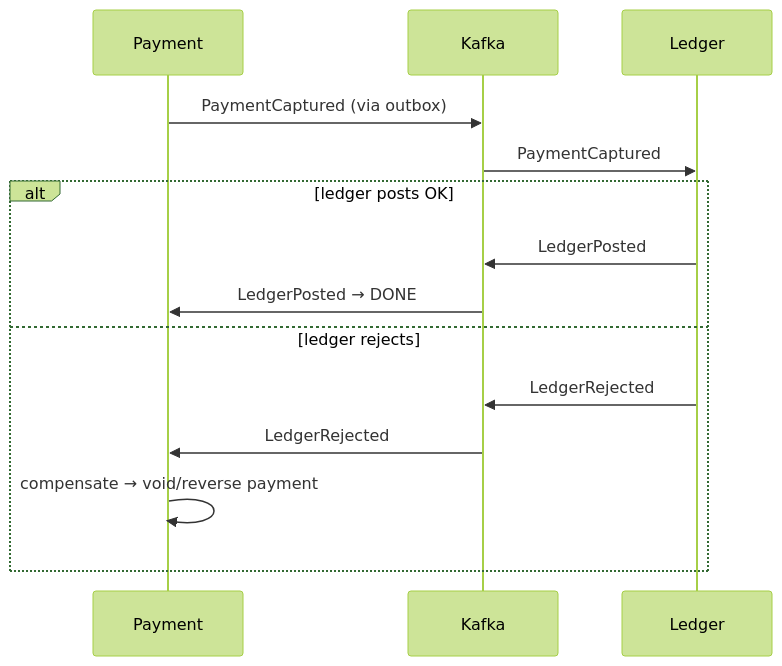
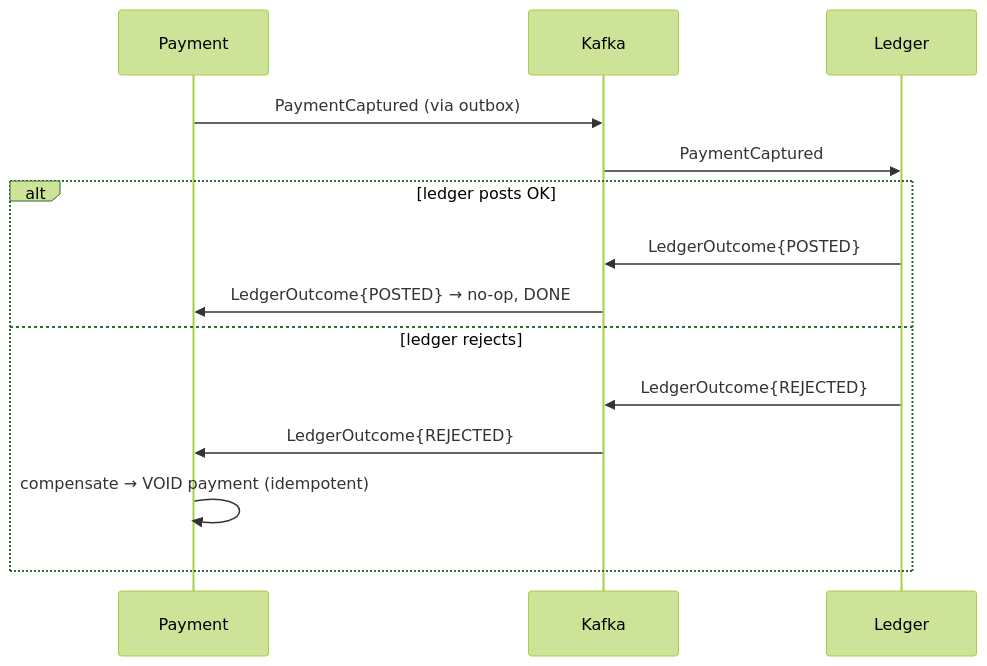
One commit to Amey-Mohite/Ledgerstream changed the fourth of 4 diagrams in docs/concepts/saga-pattern.md. Above: the diagram before and after it, drawn with Mermaid (forest theme). The commit also changed other lines of this file and 24 other files, not shown here.

````diff
--- a/docs/concepts/saga-pattern.md
+++ b/docs/concepts/saga-pattern.md
@@ -195,16 +203,16 @@
 ```mermaid
 sequenceDiagram
   participant PAY as Payment
   participant BUS as Kafka
   participant LED as Ledger
   PAY->>BUS: PaymentCaptured (via outbox)
   BUS->>LED: PaymentCaptured
   alt ledger posts OK
-    LED->>BUS: LedgerPosted
-    BUS->>PAY: LedgerPosted → DONE
+    LED->>BUS: LedgerOutcome{POSTED}
+    BUS->>PAY: LedgerOutcome{POSTED} → no-op, DONE
   else ledger rejects
-    LED->>BUS: LedgerRejected
-    BUS->>PAY: LedgerRejected
-    PAY->>PAY: compensate → void/reverse payment
+    LED->>BUS: LedgerOutcome{REJECTED}
+    BUS->>PAY: LedgerOutcome{REJECTED}
+    PAY->>PAY: compensate → VOID payment (idempotent)
   end
 ```
````
